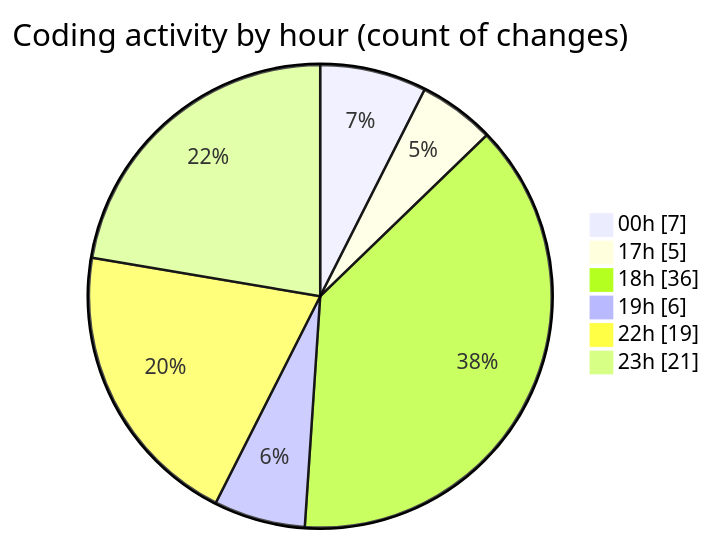
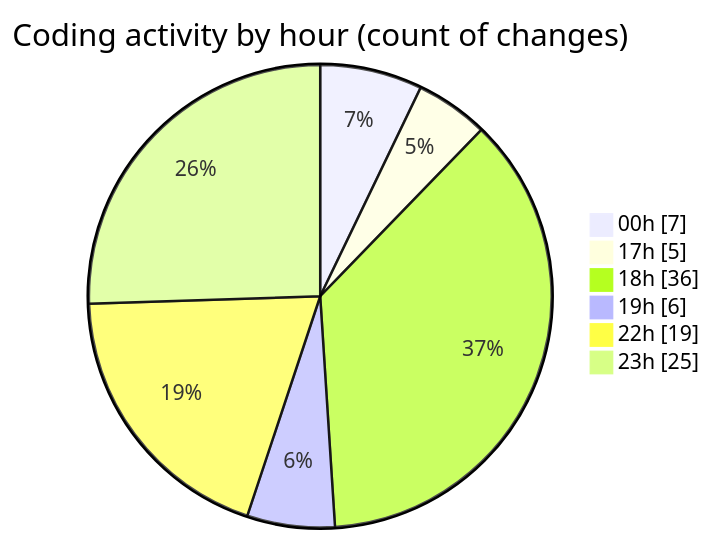
The second of 2 diagrams in 2025-05-25/elitesun/README.md (Elitesun/code-tracking), drawn with Mermaid before and after one commit. The commit also changed other lines of this file and 1 other file, not shown here.

````diff
--- a/2025-05-25/elitesun/README.md
+++ b/2025-05-25/elitesun/README.md
@@ -43,10 +43,10 @@
 ```mermaid
 pie showData
 title Coding activity by hour (count of changes)
 "00h" : 7
 "17h" : 5
 "18h" : 36
 "19h" : 6
 "22h" : 19
-"23h" : 21
+"23h" : 25
 ```
````
